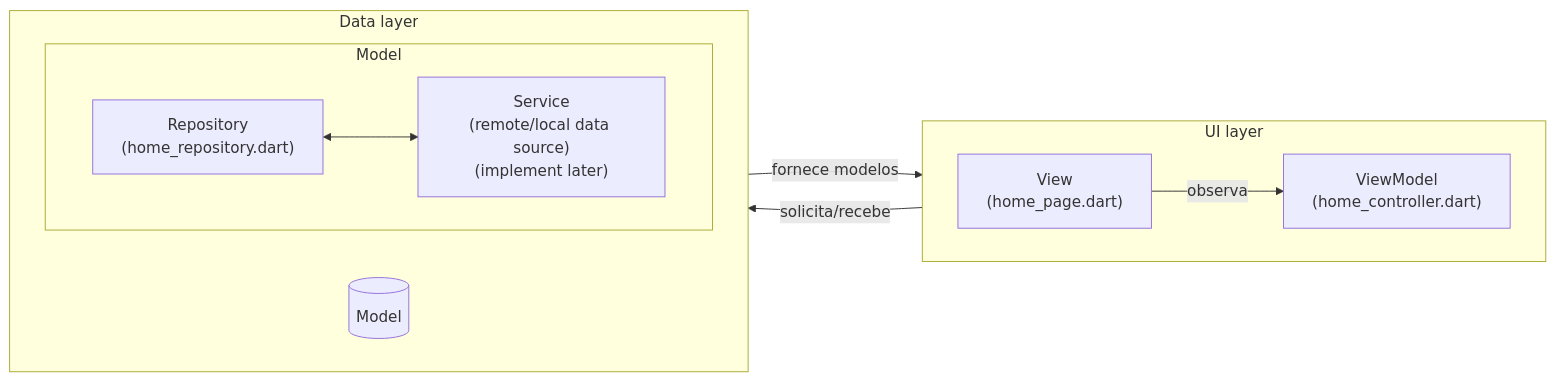
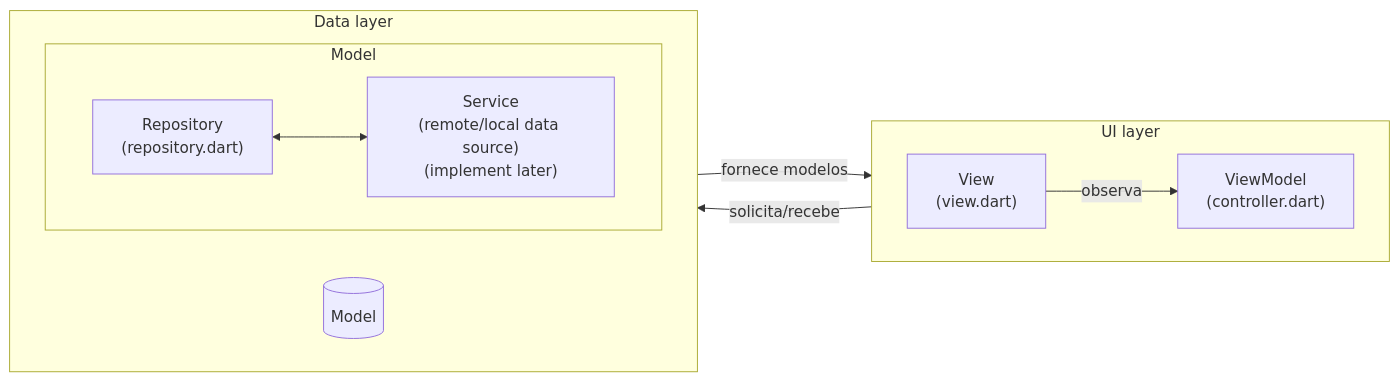
Before and after one commit to DenersonNobre/lista_infinita: the first of 2 diagrams in README.md, drawn with Mermaid. The commit also changed other lines of this file, not shown here.

````diff
--- a/README.md
+++ b/README.md
@@ -139,23 +77,23 @@
 ```mermaid
 flowchart LR
 	subgraph UI_layer [UI layer]
 		direction LR
-		View["View\n(home_page.dart)"]
-		ViewModel["ViewModel\n(home_controller.dart)"]
+		View["View\n(view.dart)"]
+		ViewModel["ViewModel\n(controller.dart)"]
 		View -- observa --> ViewModel
 	end
 
 	subgraph Data_layer [Data layer]
 		direction LR
 		ModelBox[(Model)]
 		subgraph Model_comp [Model]
 			direction LR
-			Repository["Repository\n(home_repository.dart)"]
+			Repository["Repository\n(repository.dart)"]
 			Service["Service\n(remote/local data source)\n(implement later)"]
 			Repository <--> Service
 		end
 	end
 
 	ViewModel -- solicita/recebe --> Repository
 	Repository -- fornece modelos --> ViewModel
 ```
````
